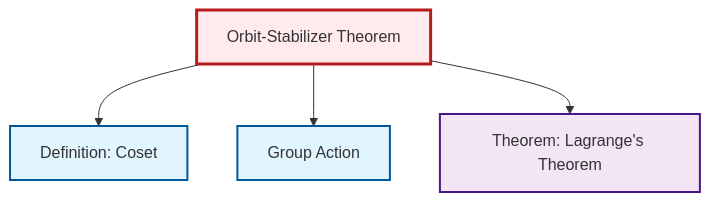
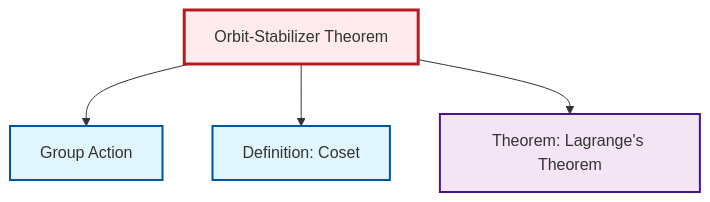
The diagram in content/en/algebra/thm-orbit-stabilizer.qmd (RK0429/ModernMath), drawn with Mermaid before and after one commit. The commit also changed other lines of this file and 360 other files, not shown here.

````diff
--- a/content/en/algebra/thm-orbit-stabilizer.qmd
+++ b/content/en/algebra/thm-orbit-stabilizer.qmd
@@ -60,20 +60,20 @@
 ```{mermaid}
 %%| fig-cap: "Local dependency graph"
 graph TD
     classDef definition fill:#e1f5fe,stroke:#01579b,stroke-width:2px
     classDef theorem fill:#f3e5f5,stroke:#4a148c,stroke-width:2px
     classDef axiom fill:#fff3e0,stroke:#e65100,stroke-width:2px
     classDef example fill:#e8f5e9,stroke:#1b5e20,stroke-width:2px
     classDef current fill:#ffebee,stroke:#b71c1c,stroke-width:3px
     def-group-action["Group Action"]:::definition
+    thm-lagrange["Theorem: Lagrange's Theorem"]:::theorem
     def-coset["Definition: Coset"]:::definition
-    thm-lagrange["Theorem: Lagrange's Theorem"]:::theorem
     thm-orbit-stabilizer["Orbit-Stabilizer Theorem"]:::theorem
+    thm-orbit-stabilizer --> def-group-action
     thm-orbit-stabilizer --> def-coset
-    thm-orbit-stabilizer --> def-group-action
     thm-orbit-stabilizer --> thm-lagrange
     class thm-orbit-stabilizer current
     click def-group-action "def-group-action.html" "Go to Group Action"
+    click thm-lagrange "thm-lagrange.html" "Go to Lagrange's Theorem theorem"
     click def-coset "def-coset.html" "Go to Coset definition"
-    click thm-lagrange "thm-lagrange.html" "Go to Lagrange's Theorem theorem"
 ```
````
